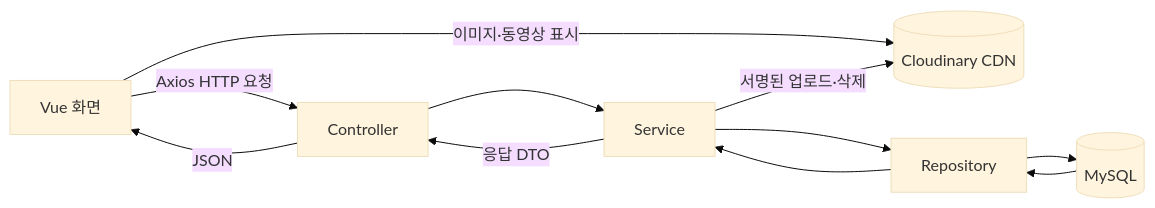
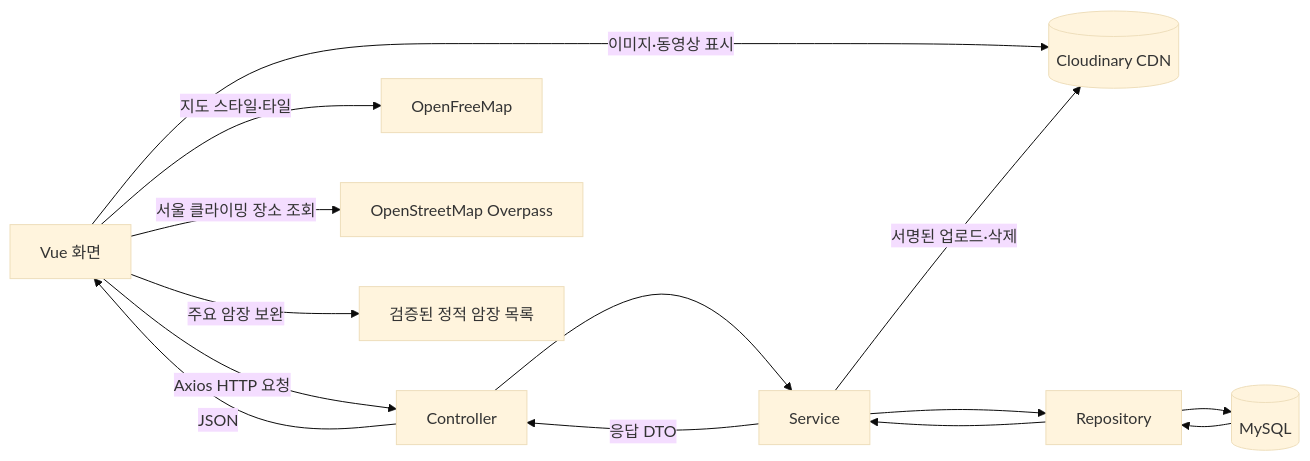
One commit to icoo08217/climber_Hub changed the first of 2 diagrams in 토이프로젝트_저장소/Project_info.md. Above: the diagram before and after it, drawn with Mermaid (base theme). The commit also changed other lines of this file and 1 other file, not shown here.

````diff
--- a/토이프로젝트_저장소/Project_info.md
+++ b/토이프로젝트_저장소/Project_info.md
@@ -104,13 +110,16 @@
 ```mermaid
 flowchart LR
     V[Vue 화면] -->|Axios HTTP 요청| C[Controller]
     V -->|이미지·동영상 표시| CL[(Cloudinary CDN)]
+    V -->|지도 스타일·타일| OFM[OpenFreeMap]
+    V -->|서울 클라이밍 장소 조회| OSM[OpenStreetMap Overpass]
+    V -->|주요 암장 보완| CG[검증된 정적 암장 목록]
     C --> S[Service]
     S -->|서명된 업로드·삭제| CL
     S --> R[Repository]
     R --> DB[(MySQL)]
     DB --> R
     R --> S
     S -->|응답 DTO| C
     C -->|JSON| V
 ```
````
